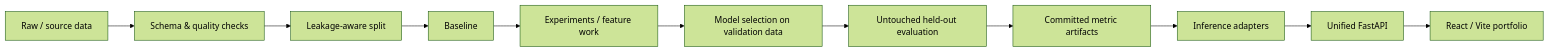
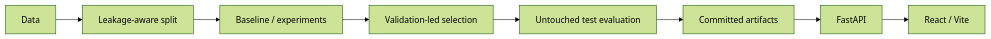
One commit to Davidkaaa33/ML-projects changed the diagram in README.md. Above: the diagram before and after it, drawn with Mermaid (forest theme). The commit also changed other lines of this file, not shown here.

Commit message:
docs: tighten ML portfolio README

````diff
--- a/README.md
+++ b/README.md
@@ -32,13 +26,10 @@
 ```mermaid
 flowchart LR
-    D[Raw / source data] --> V[Schema & quality checks]
-    V --> S[Leakage-aware split]
-    S --> B[Baseline]
-    B --> E[Experiments / feature work]
-    E --> M[Model selection on validation data]
-    M --> H[Untouched held-out evaluation]
-    H --> A[Committed metric artifacts]
-    A --> I[Inference adapters]
-    I --> API[Unified FastAPI]
-    API --> WEB[React / Vite portfolio]
+    D[Data] --> S[Leakage-aware split]
+    S --> B[Baseline / experiments]
+    B --> M[Validation-led selection]
+    M --> T[Untouched test evaluation]
+    T --> A[Committed artifacts]
+    A --> API[FastAPI]
+    API --> WEB[React / Vite]
 ```
````
